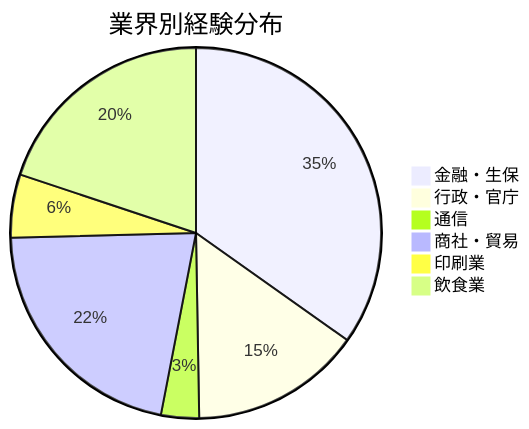
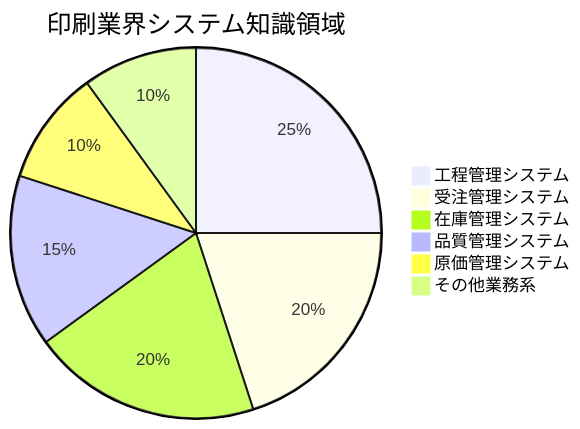
The third of 5 diagrams in docs/GG_経歴書_詳細.md (MasatakaNakamura/xlsx-data-analyzer), drawn with Mermaid before and after one commit. The commit also changed other lines of this file and 32 other files, not shown here.

````diff
--- a/docs/GG_経歴書_詳細.md
+++ b/docs/GG_経歴書_詳細.md
@@ -281,9 +164,9 @@
 ```mermaid
-pie title 業界別経験分布
-    "金融・生保" : 63
-    "行政・官庁" : 27
-    "通信" : 6
-    "商社・貿易" : 39
-    "印刷業" : 10
-    "飲食業" : 36
+pie title 印刷業界システム知識領域
+    "工程管理システム" : 25
+    "受注管理システム" : 20
+    "在庫管理システム" : 20
+    "品質管理システム" : 15
+    "原価管理システム" : 10
+    "その他業務系" : 10
 ```
````
